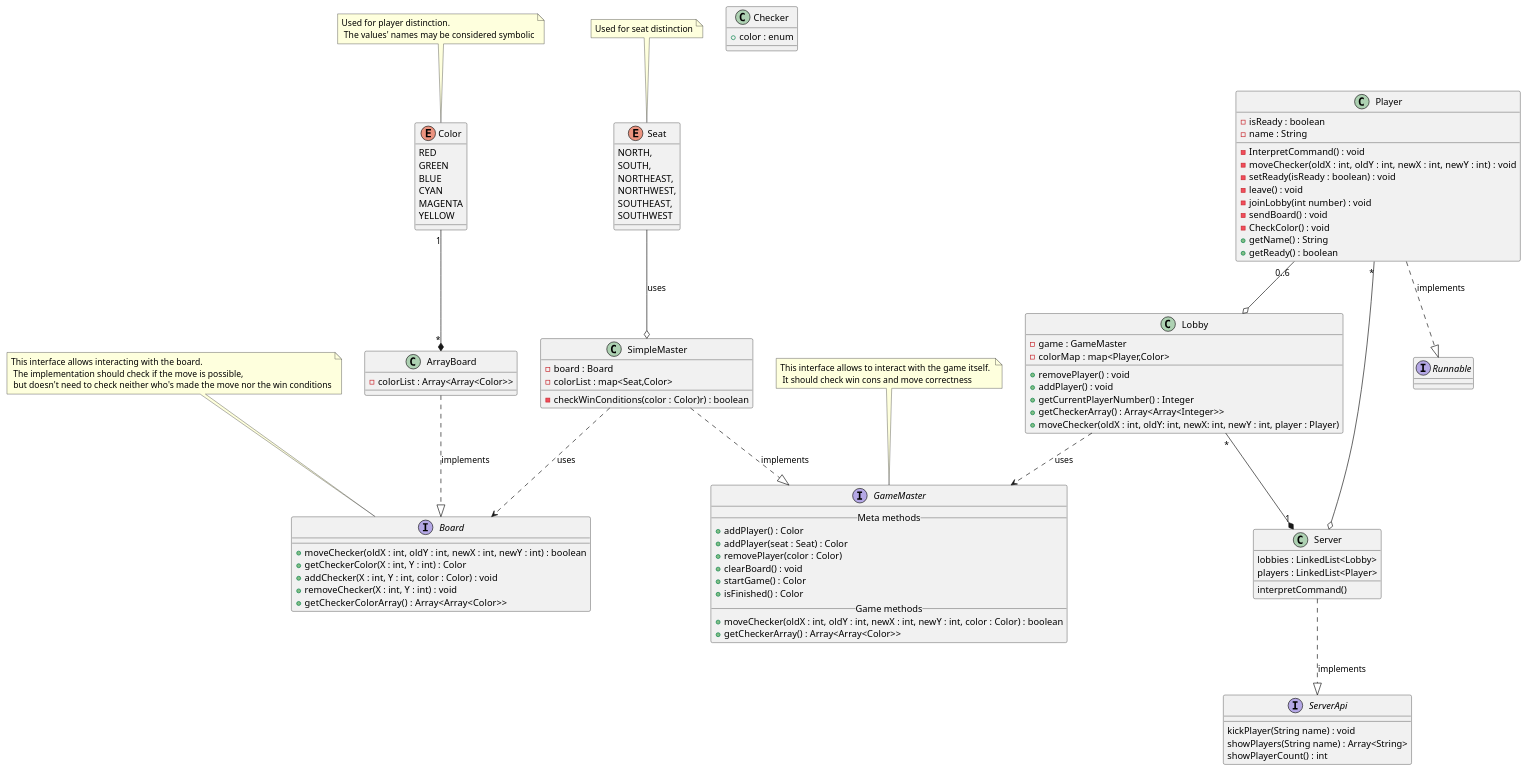
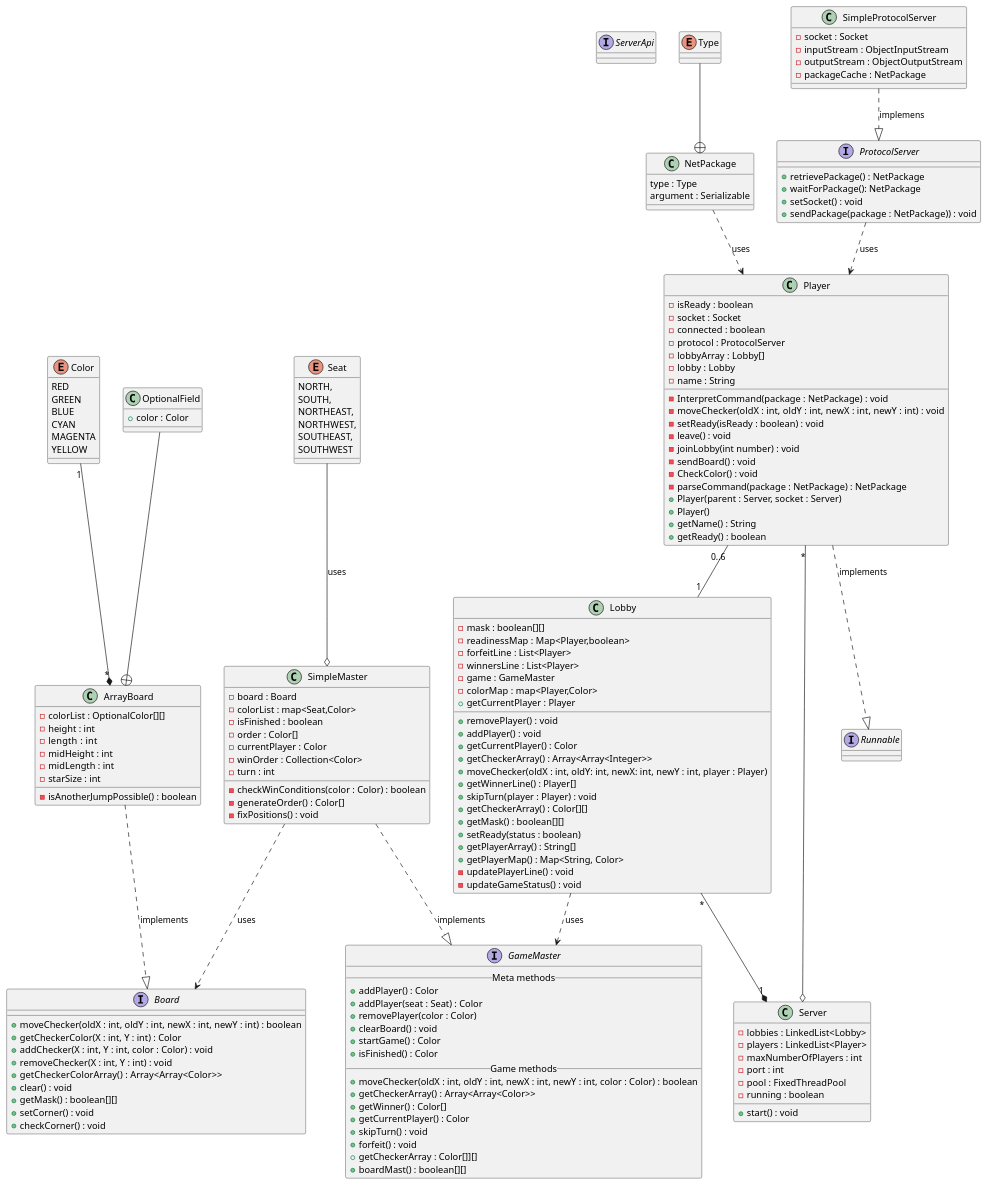
Before and after one commit to norbert791/TPlista5: the diagram in diagrams/Server.puml, drawn with PlantUML. The commit also changed 65 other files, not shown here.

```diff
--- a/diagrams/Server.puml
+++ b/diagrams/Server.puml
@@ -1,121 +1,180 @@
 @startuml
 'https://plantuml.com/class-diagram
-
-note "This interface allows interacting with the board. \n The implementation should check if the move is possible, \n but doesn't need to check neither who's made the move nor the win conditions" as BoardNote
-note "This interface allows to interact with the game itself. \n It should check win cons and move correctness" as GMnote
-note "Used for player distinction. \n The values' names may be considered symbolic" as ClNote
-note "Used for seat distinction" as Snote
-
-GMnote .. GameMaster
-BoardNote .. Board
-ClNote .. Color
-Snote .. Seat
 
 interface ServerApi
 interface Board
 interface Runnable
-class Checker
 class Server
 class ArrayBoard
 class SimpleMaster
 class GameMaster
 class Lobby
 enum Color
 enum Seat
 
-Server ..|> ServerApi : implements
 Color "1" --* "*" ArrayBoard
 ArrayBoard ..|> Board : implements
 Lobby ..> GameMaster : uses
 SimpleMaster ..|> GameMaster : implements
 SimpleMaster ..> Board : uses
 Seat --o SimpleMaster : uses
 Lobby "*" --* "1" Server
-Player "0..6" --o Lobby
+Player "0..6" -- "1" Lobby
 Player "*" --o Server
 Player ..|> Runnable : implements
+OptionalField --+ ArrayBoard
+Type --+ NetPackage
+NetPackage ..> Player : uses
+ProtocolServer ..> Player : uses
+SimpleProtocolServer ..|> ProtocolServer : implemens
 
-class Checker{
-   + color : enum
+class OptionalField {
+    +color : Color
+}
+
+class NetPackage {
+    type : Type
+    argument : Serializable
+}
+
+class SimpleProtocolServer{
+    -socket : Socket
+    -inputStream : ObjectInputStream
+    -outputStream : ObjectOutputStream
+    -packageCache : NetPackage
 }
 
 class Player{
     -isReady : boolean
+    -socket : Socket
+    -connected : boolean
+    -protocol : ProtocolServer
+    -lobbyArray : Lobby[]
+    -lobby : Lobby
     -name : String
-    -InterpretCommand() : void
+    -InterpretCommand(package : NetPackage) : void
     -moveChecker(oldX : int, oldY : int, newX : int, newY : int)  : void
     -setReady(isReady : boolean) : void
     -leave() : void
     -joinLobby(int number) : void
     -sendBoard() : void
     -CheckColor() : void
+    -parseCommand(package : NetPackage) : NetPackage
+    +Player(parent : Server, socket : Server)
+    +Player()
     +getName() : String
     +getReady() : boolean
 }
 class ArrayBoard{
-    -colorList : Array<Array<Color>>
+    -colorList : OptionalColor[][]
+    -height : int
+    -length :  int
+    -midHeight : int
+    -midLength : int
+    -starSize : int
+    -isAnotherJumpPossible() : boolean
+}
+
+interface ProtocolServer{
+    +retrievePackage() : NetPackage
+    +waitForPackage(): NetPackage
+    +setSocket() : void
+    +sendPackage(package : NetPackage)) : void
 }
 
 interface Board{
     +moveChecker(oldX : int, oldY : int, newX : int, newY : int) : boolean
     +getCheckerColor(X : int, Y : int) : Color
     +addChecker(X : int, Y : int, color : Color) : void
     +removeChecker(X : int, Y : int) : void
     +getCheckerColorArray() :  Array<Array<Color>>
+    +clear() : void
+    +getMask() : boolean[][]
+    +setCorner() : void
+    +checkCorner() : void
 }
 
 interface GameMaster{
     __Meta methods__
    + addPlayer() : Color
    + addPlayer(seat : Seat) : Color
    + removePlayer(color : Color)
    + clearBoard() : void
    + startGame() : Color
    + isFinished() : Color
    __Game methods__
    + moveChecker(oldX : int, oldY : int, newX : int, newY : int, color : Color) : boolean
    + getCheckerArray() : Array<Array<Color>>
+   + getWinner() : Color[]
+   + getCurrentPlayer() : Color
+   + skipTurn() : void
+   + forfeit() : void
+   + getCheckerArray : Color[]][]
+   + boardMast() : boolean[][]
 }
-'For further consideration
-interface ServerApi{
-    kickPlayer(String name) : void
-    showPlayers(String name) : Array<String>
-    showPlayerCount() : int
-}
+
 class SimpleMaster{
     -board : Board
     -colorList : map<Seat,Color>
-    -checkWinConditions(color : Color)r) : boolean
+    -checkWinConditions(color : Color) : boolean
+    -isFinished : boolean
+    -order : Color[]
+    -currentPlayer : Color
+    -winOrder : Collection<Color>
+    -turn : int
+    -generateOrder() : Color[]
+    -fixPositions() : void
 }
 class Lobby{
-    -game : GameMaster
-    -colorMap : map<Player,Color>
-    +removePlayer() : void
-    +addPlayer() : void
-    +getCurrentPlayerNumber() : Integer
-    +getCheckerArray() : Array<Array<Integer>>
-    +moveChecker(oldX : int, oldY: int, newX: int, newY : int, player : Player)
+    - mask : boolean[][]
+    - readinessMap : Map<Player,boolean>
+    - forfeitLine : List<Player>
+    - winnersLine : List<Player>
+    - game : GameMaster
+    - colorMap : map<Player,Color>
+    + removePlayer() : void
+    + addPlayer() : void
+    + getCurrentPlayer() : Color
+    + getCheckerArray() : Array<Array<Integer>>
+    + moveChecker(oldX : int, oldY: int, newX: int, newY : int, player : Player)
+    + getWinnerLine() : Player[]
+    + getCurrentPlayer : Player
+    + skipTurn(player : Player) : void
+    + getCheckerArray() : Color[][]
+    + getMask() : boolean[][]
+    + setReady(status : boolean)
+    + getPlayerArray() : String[]
+    + getPlayerMap() : Map<String, Color>
+    - updatePlayerLine() : void
+    - updateGameStatus() : void
+
 }
 class Server{
-    lobbies : LinkedList<Lobby>
-    players : LinkedList<Player>
-    interpretCommand()
+    -lobbies : LinkedList<Lobby>
+    -players : LinkedList<Player>
+    -maxNumberOfPlayers : int
+    -port : int
+    -pool : FixedThreadPool
+    -running : boolean
+    +start() : void
 }
 enum Color{
     RED
     GREEN
     BLUE
     CYAN
     MAGENTA
     YELLOW
 }
 enum Seat{
     NORTH,
     SOUTH,
     NORTHEAST,
     NORTHWEST,
     SOUTHEAST,
     SOUTHWEST
 }
 
+enum Type
+
 @enduml
```
